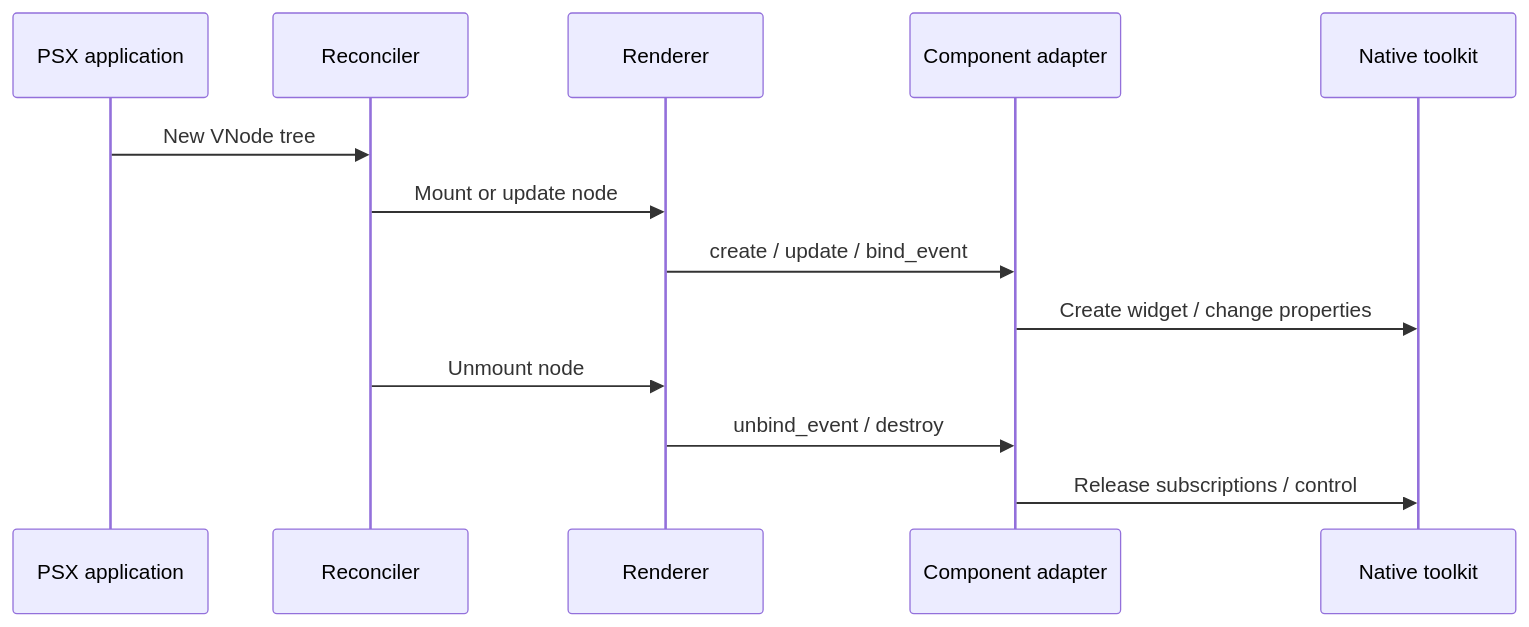
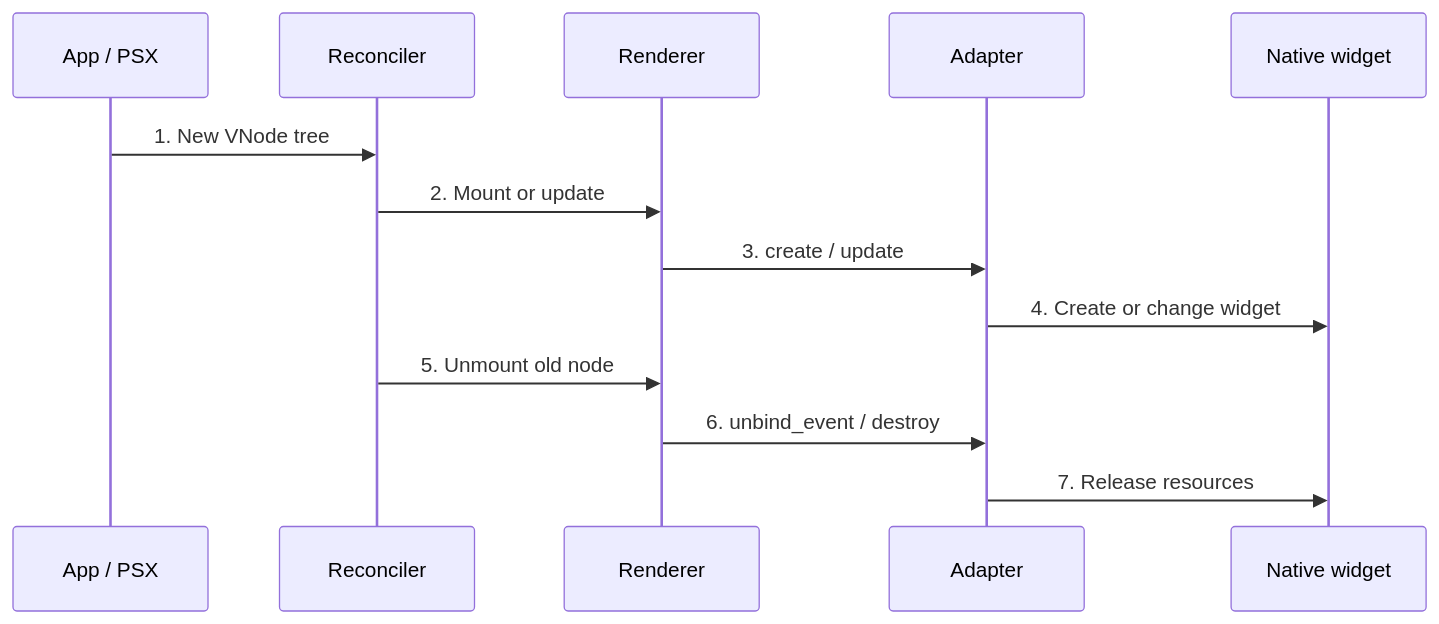
The diagram in extensibility/renderer-adapters.mdx (Neuri-AI/velto-docs), drawn with Mermaid before and after one commit. The commit also changed other lines of this file and 23 other files, not shown here.

````diff
--- a/extensibility/renderer-adapters.mdx
+++ b/extensibility/renderer-adapters.mdx
@@ -14,15 +10,15 @@
 ```mermaid
 sequenceDiagram
-    participant App as PSX application
-    participant Rec as Reconciler
-    participant Ren as Renderer
-    participant Ad as Component adapter
-    participant GUI as Native toolkit
-    App->>Rec: New VNode tree
-    Rec->>Ren: Mount or update node
-    Ren->>Ad: create / update / bind_event
-    Ad->>GUI: Create widget / change properties
-    Rec->>Ren: Unmount node
-    Ren->>Ad: unbind_event / destroy
-    Ad->>GUI: Release subscriptions / control
+    participant A as App / PSX
+    participant R as Reconciler
+    participant N as Renderer
+    participant D as Adapter
+    participant W as Native widget
+    A->>R: 1. New VNode tree
+    R->>N: 2. Mount or update
+    N->>D: 3. create / update
+    D->>W: 4. Create or change widget
+    R->>N: 5. Unmount old node
+    N->>D: 6. unbind_event / destroy
+    D->>W: 7. Release resources
 ```
````
